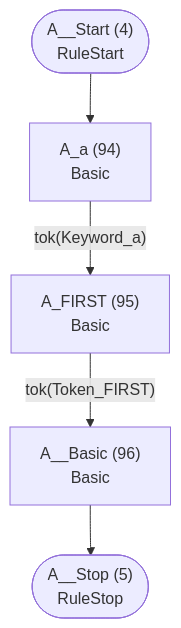
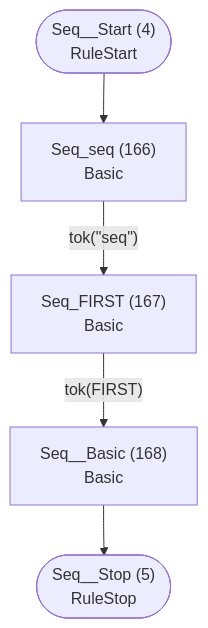
The third of 46 diagrams in internal/languages/completion/atn.md (TypeFox/fastbelt), drawn with Mermaid before and after one commit. The commit also changed other lines of this file and 58 other files, not shown here.

````diff
--- a/internal/languages/completion/atn.md
+++ b/internal/languages/completion/atn.md
@@ -139,13 +204,13 @@
 ```mermaid
 flowchart TD
-    q4(["A__Start (4)<br/>RuleStart"])
-    q5(["A__Stop (5)<br/>RuleStop"])
-    q94["A_a (94)<br/>Basic<br/>"]
-    q95["A_FIRST (95)<br/>Basic<br/>"]
-    q96["A__Basic (96)<br/>Basic<br/>"]
+    q4(["Seq__Start (4)<br/>RuleStart"])
+    q5(["Seq__Stop (5)<br/>RuleStop"])
+    q166["Seq_seq (166)<br/>Basic<br/>"]
+    q167["Seq_FIRST (167)<br/>Basic<br/>"]
+    q168["Seq__Basic (168)<br/>Basic<br/>"]
 
-    q4 --> q94
-    q94 -->|"tok(Keyword_a)"| q95
-    q95 -->|"tok(Token_FIRST)"| q96
-    q96 --> q5
+    q4 --> q166
+    q166 -->|"tok(&quot;seq&quot;)"| q167
+    q167 -->|"tok(FIRST)"| q168
+    q168 --> q5
 ```
````
